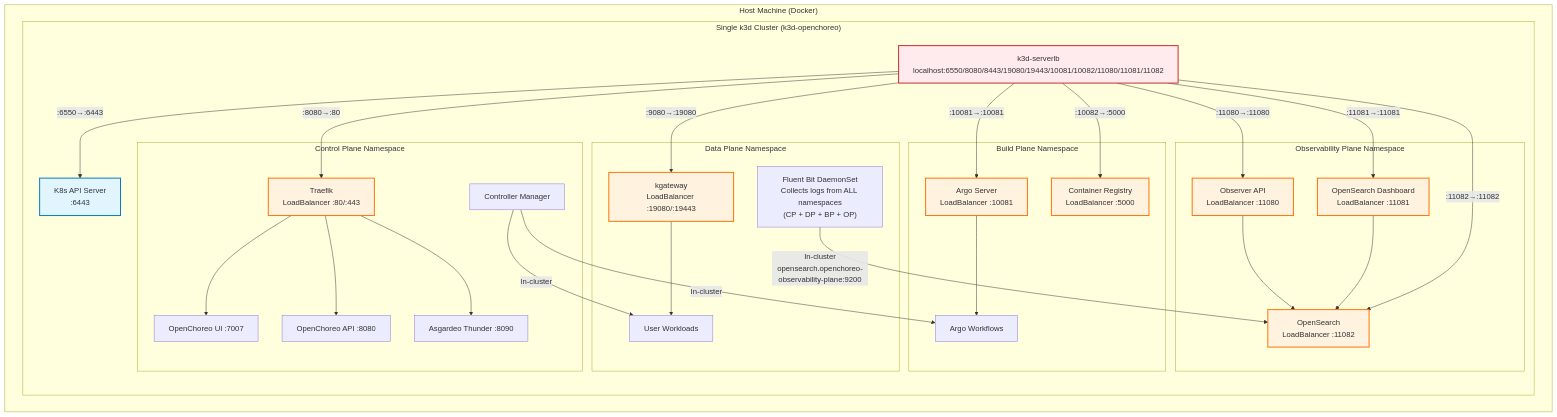
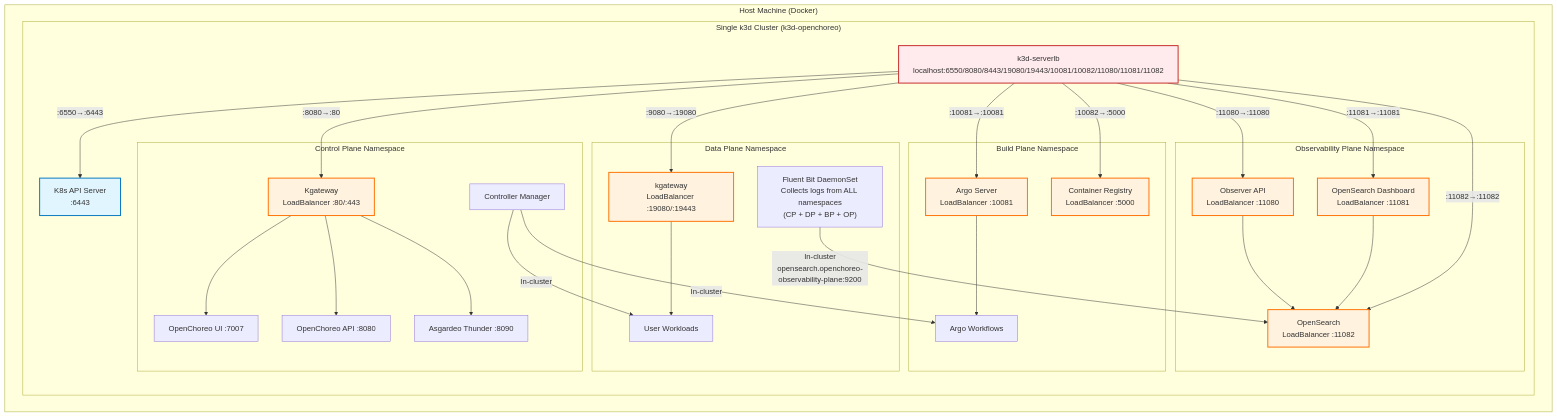
One commit to openchoreo/openchoreo changed the diagram in install/k3d/single-cluster/README.md. Above: the diagram before and after it, drawn with Mermaid. The commit also changed 6 other files, not shown here.

````diff
--- a/install/k3d/single-cluster/README.md
+++ b/install/k3d/single-cluster/README.md
@@ -282,74 +282,74 @@
 ```mermaid
 graph TB
     subgraph "Host Machine (Docker)"
         subgraph "Single k3d Cluster (k3d-openchoreo)"
             ExtLB["k3d-serverlb<br/>localhost:6550/8080/8443/19080/19443/10081/10082/11080/11081/11082"]
             K8sAPI["K8s API Server<br/>:6443"]
 
             subgraph "Control Plane Namespace"
-                CP_IntLB["Traefik<br/>LoadBalancer :80/:443"]
+                CP_IntLB["Kgateway<br/>LoadBalancer :80/:443"]
                 CP["Controller Manager"]
                 API["OpenChoreo API :8080"]
                 UI["OpenChoreo UI :7007"]
                 Thunder["Asgardeo Thunder :8090"]
             end
 
             subgraph "Data Plane Namespace"
                 DP_IntLB["kgateway<br/>LoadBalancer :19080/:19443"]
                 Workloads["User Workloads"]
                 FB_ALL["Fluent Bit DaemonSet<br/>Collects logs from ALL namespaces<br/>(CP + DP + BP + OP)"]
             end
 
             subgraph "Build Plane Namespace"
                 BP_IntLB["Argo Server<br/>LoadBalancer :10081"]
                 Registry["Container Registry<br/>LoadBalancer :5000"]
                 ArgoWF["Argo Workflows"]
             end
 
             subgraph "Observability Plane Namespace"
                 Observer["Observer API<br/>LoadBalancer :11080"]
                 OSD["OpenSearch Dashboard<br/>LoadBalancer :11081"]
                 OS["OpenSearch<br/>LoadBalancer :11082"]
             end
 
             %% External access via load balancer
             ExtLB -->|":6550→:6443"| K8sAPI
             ExtLB -->|":8080→:80"| CP_IntLB
             ExtLB -->|":9080→:19080"| DP_IntLB
             ExtLB -->|":10081→:10081"| BP_IntLB
             ExtLB -->|":10082→:5000"| Registry
             ExtLB -->|":11080→:11080"| Observer
             ExtLB -->|":11081→:11081"| OSD
             ExtLB -->|":11082→:11082"| OS
 
             %% Control plane internal routing
             CP_IntLB --> UI
             CP_IntLB --> API
             CP_IntLB --> Thunder
 
             %% Data plane internal routing
             DP_IntLB --> Workloads
             BP_IntLB --> ArgoWF
 
             %% Control plane to workload communication (in-cluster)
             CP -->|"In-cluster"| Workloads
             CP -->|"In-cluster"| ArgoWF
 
             %% Logging flow - ALL logs go through Data Plane FluentBit
             FB_ALL -->|"In-cluster<br/>opensearch.openchoreo-observability-plane:9200"| OS
 
             %% Observability internal
             Observer --> OS
             OSD --> OS
         end
     end
 
     %% Styling
     classDef extLbStyle fill:#ffebee,stroke:#c62828,stroke-width:2px
     classDef intLbStyle fill:#fff3e0,stroke:#ff6f00,stroke-width:2px
     classDef apiStyle fill:#e1f5fe,stroke:#0277bd,stroke-width:2px
 
     class ExtLB extLbStyle
     class CP_IntLB,DP_IntLB,BP_IntLB,Registry,Observer,OSD,OS intLbStyle
     class K8sAPI apiStyle
 ```
````
